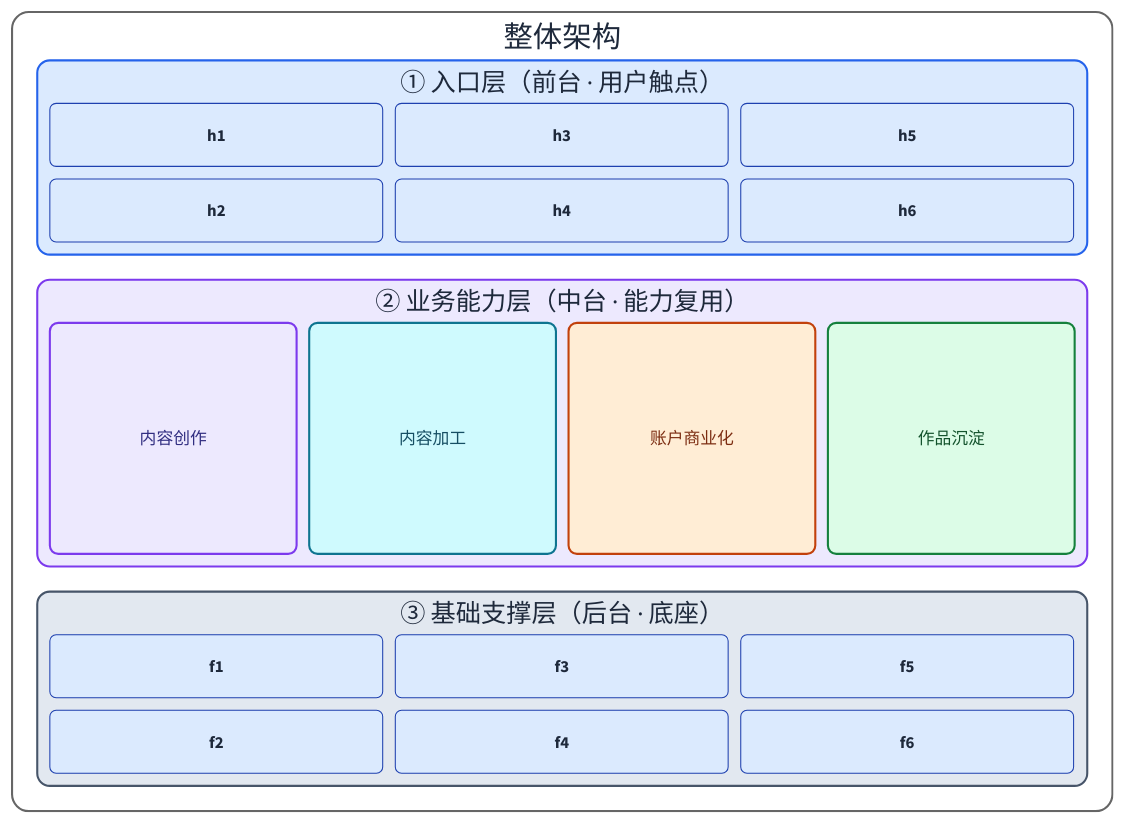
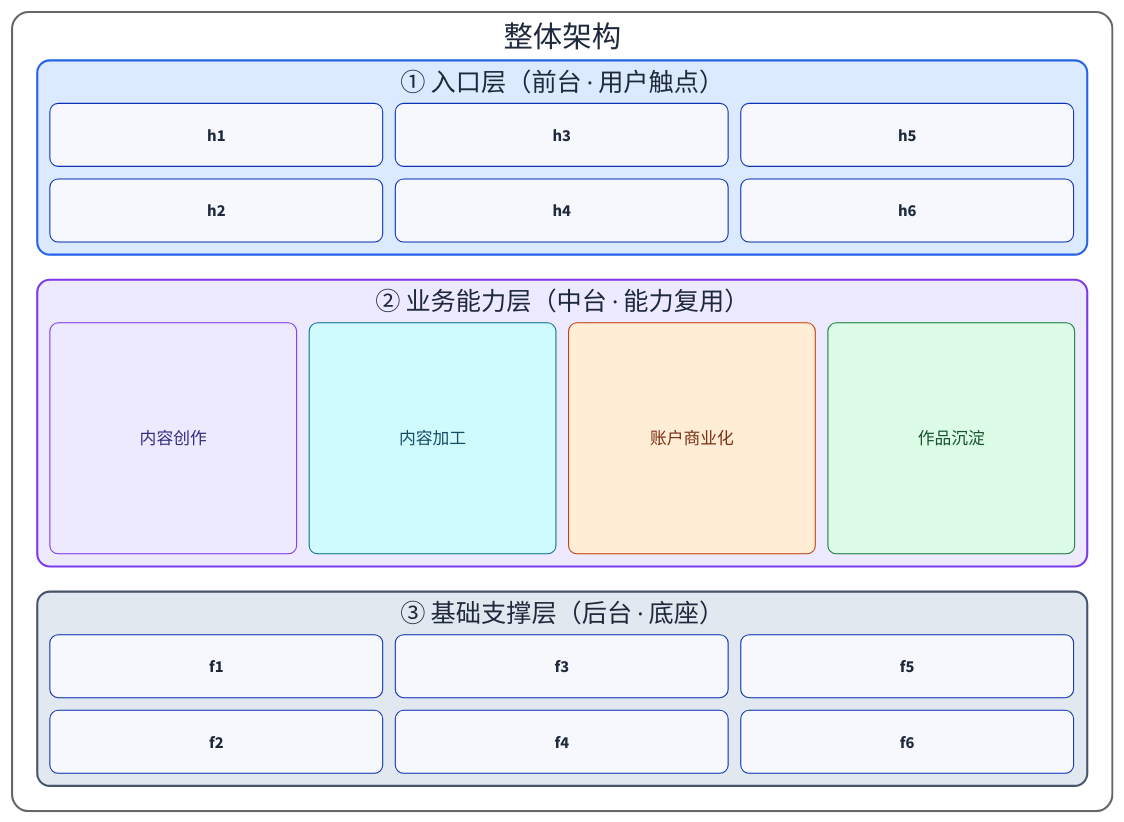
The third of 10 diagrams in skills/c4-container-diagram/SKILL.md (syllr/skills), drawn with D2 before and after one commit. The commit also changed other lines of this file and 1 other file, not shown here.

First line of the commit message:
refactor(c4-container-diagram): SKILL.md 语法表瘦身与引用收敛，脚本围栏解析加固

```diff
--- a/skills/c4-container-diagram/SKILL.md
+++ b/skills/c4-container-diagram/SKILL.md
@@ -390,7 +382,7 @@
     style.border-radius: 12
     grid-columns: 3        # ← 关键：子模块数 = grid-columns 才能填满宽度
     grid-gap: 12
-    # width 按 §6.9 公式: (1000−24−2×12)/3 = 317（6 个子容器 → 2 行 3 列）
+    # width 按 §6.13 公式: (1000−24−2×12)/3 = 317（6 个子容器 → 2 行 3 列）
     h1: { width: 317; height: 60; class: module }
     h2: { width: 317; height: 60; class: module }
     h3: { width: 317; height: 60; class: module }
@@ -409,10 +401,10 @@
     style.border-radius: 12
     grid-columns: 4        # 4 个能力子域
     grid-gap: 12
-    内容创作: { width: 235; height: 220; class: purpleCard }
-    内容加工: { width: 235; height: 220; class: cyanCard }
-    账户商业化: { width: 235; height: 220; class: orangeCard }
-    作品沉淀: { width: 235; height: 220; class: greenCard }
+    内容创作: { width: 235; height: 220; class: module; style.fill: "#ede9fe"; style.stroke: "#7c3aed"; style.font-color: "#312e81" }
+    内容加工: { width: 235; height: 220; class: module; style.fill: "#cffafe"; style.stroke: "#0e7490"; style.font-color: "#164e63" }
+    账户商业化: { width: 235; height: 220; class: module; style.fill: "#ffedd5"; style.stroke: "#c2410c"; style.font-color: "#7c2d12" }
+    作品沉淀: { width: 235; height: 220; class: module; style.fill: "#dcfce7"; style.stroke: "#15803d"; style.font-color: "#14532d" }
   }
 
   基础支撑层: {
@@ -425,7 +417,7 @@
     style.border-radius: 12
     grid-columns: 3
     grid-gap: 12
-    # width 按 §6.9 公式: (1000−24−2×12)/3 = 317（6 个子容器 → 2 行 3 列）
+    # width 按 §6.13 公式: (1000−24−2×12)/3 = 317（6 个子容器 → 2 行 3 列）
     f1: { width: 317; height: 60; class: module }
     f2: { width: 317; height: 60; class: module }
     f3: { width: 317; height: 60; class: module }
@@ -435,38 +427,10 @@
   }
 }
 
-# === ④ 子模块通用样式（classes 定义） ===
+# === ④ 子模块通用样式（单 class 规避溢出，见 §4.8/§6.16） ===
 classes: {
-  module: {              # 基础模块样式
-    style: { border-radius: 6; fill: "#dbeafe"; stroke: "#1e40af"; font-color: "#1e293b"; stroke-width: 1 }
-  }
-  purpleCard: {           # 紫色卡（内容创作）
-    width: 235
-    style.fill: "#ede9fe"
-    style.stroke: "#7c3aed"
-    style.font-color: "#312e81"
-    style.border-radius: 8
-  }
-  cyanCard: {             # 青色卡（内容加工）
-    width: 235
-    style.fill: "#cffafe"
-    style.stroke: "#0e7490"
-    style.font-color: "#164e63"
-    style.border-radius: 8
-  }
-  orangeCard: {           # 橙色卡（账户商业化）
-    width: 235
-    style.fill: "#ffedd5"
-    style.stroke: "#c2410c"
-    style.font-color: "#7c2d12"
-    style.border-radius: 8
-  }
-  greenCard: {            # 绿色卡（作品沉淀）
-    width: 235
-    style.fill: "#dcfce7"
-    style.stroke: "#15803d"
-    style.font-color: "#14532d"
-    style.border-radius: 8
+  module: {
+    style: { border-radius: 8; font-color: "#1e293b"; stroke-width: 1 }
   }
 }
 
```
